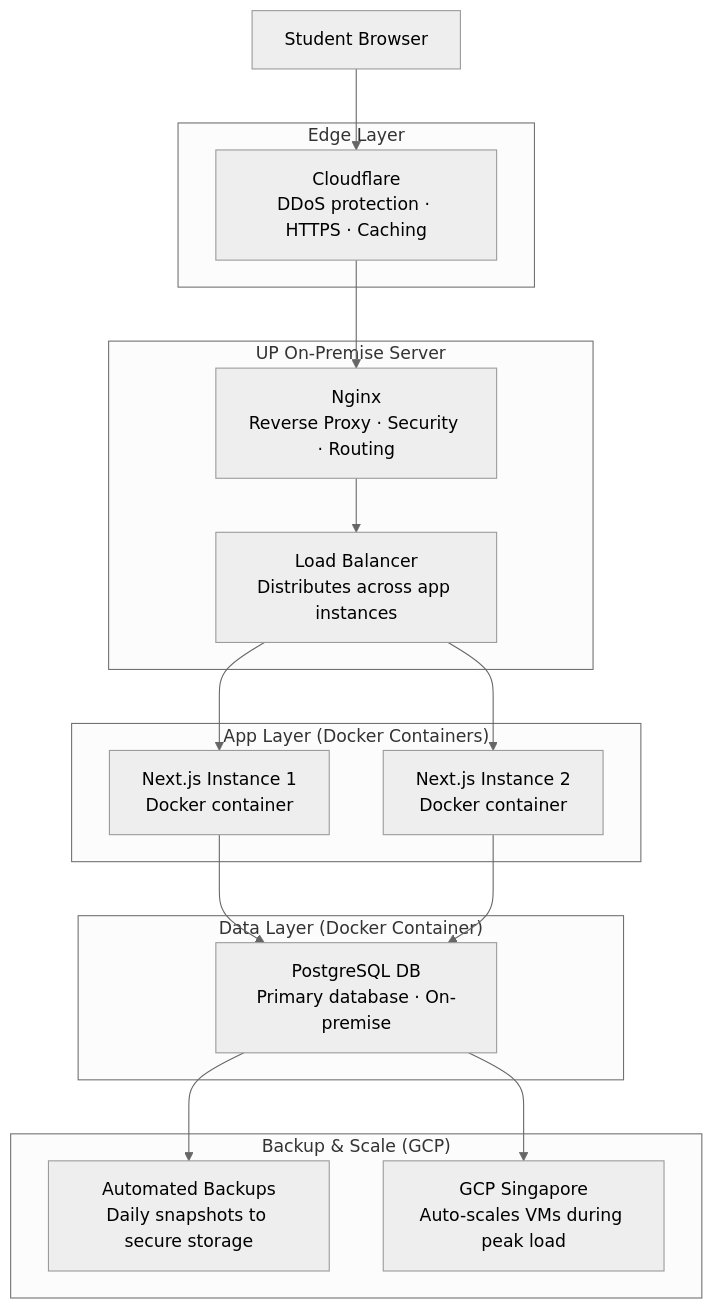
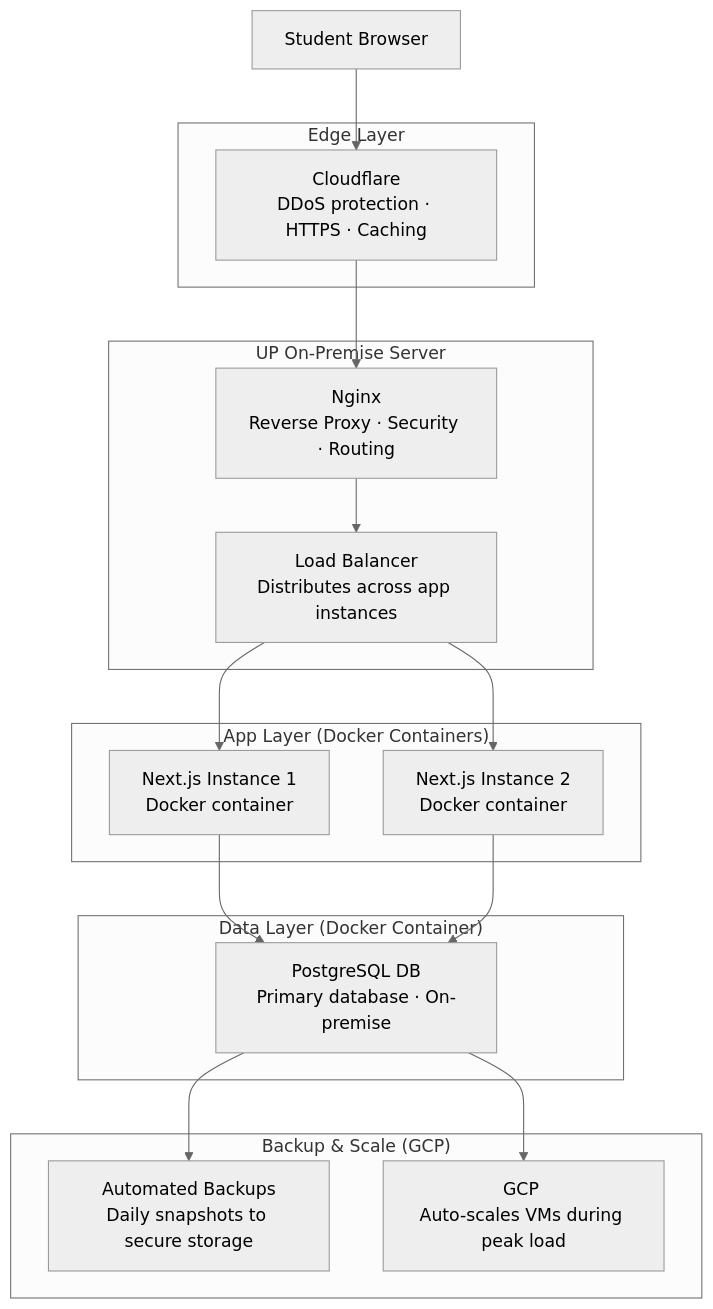
One commit to grape-ss/CMSC126_Activity_Unit5_Unit6 changed the diagram in README.md. Above: the diagram before and after it, drawn with Mermaid (neutral theme).

Commit message:
Fix formatting in GCP description in README

````diff
--- a/README.md
+++ b/README.md
@@ -6,37 +6,37 @@
 ```mermaid
 flowchart TD
     Student[Student Browser]
     Student --> CF
 
     subgraph Edge["Edge Layer"]
         CF[Cloudflare\nDDoS protection · HTTPS · Caching]
     end
 
     subgraph UP["UP On-Premise Server"]
         Nginx[Nginx\nReverse Proxy · Security · Routing]
         LB[Load Balancer\nDistributes across app instances]
         Nginx --> LB
     end
 
     subgraph AppLayer["App Layer (Docker Containers)"]
         N1[Next.js Instance 1\nDocker container]
         N2[Next.js Instance 2\nDocker container]
     end
 
     subgraph DataLayer["Data Layer (Docker Container)"]
         PG[PostgreSQL DB\nPrimary database · On-premise]
     end
 
     subgraph Backup["Backup & Scale (GCP)"]
         AB[Automated Backups\nDaily snapshots to secure storage]
-        GCP[GCP Singapore\nAuto-scales VMs during peak load]
+        GCP[GCP \nAuto-scales VMs during peak load]
     end
 
     CF --> Nginx
     LB --> N1
     LB --> N2
     N1 --> PG
     N2 --> PG
     PG --> AB
     PG --> GCP
 ```
````
